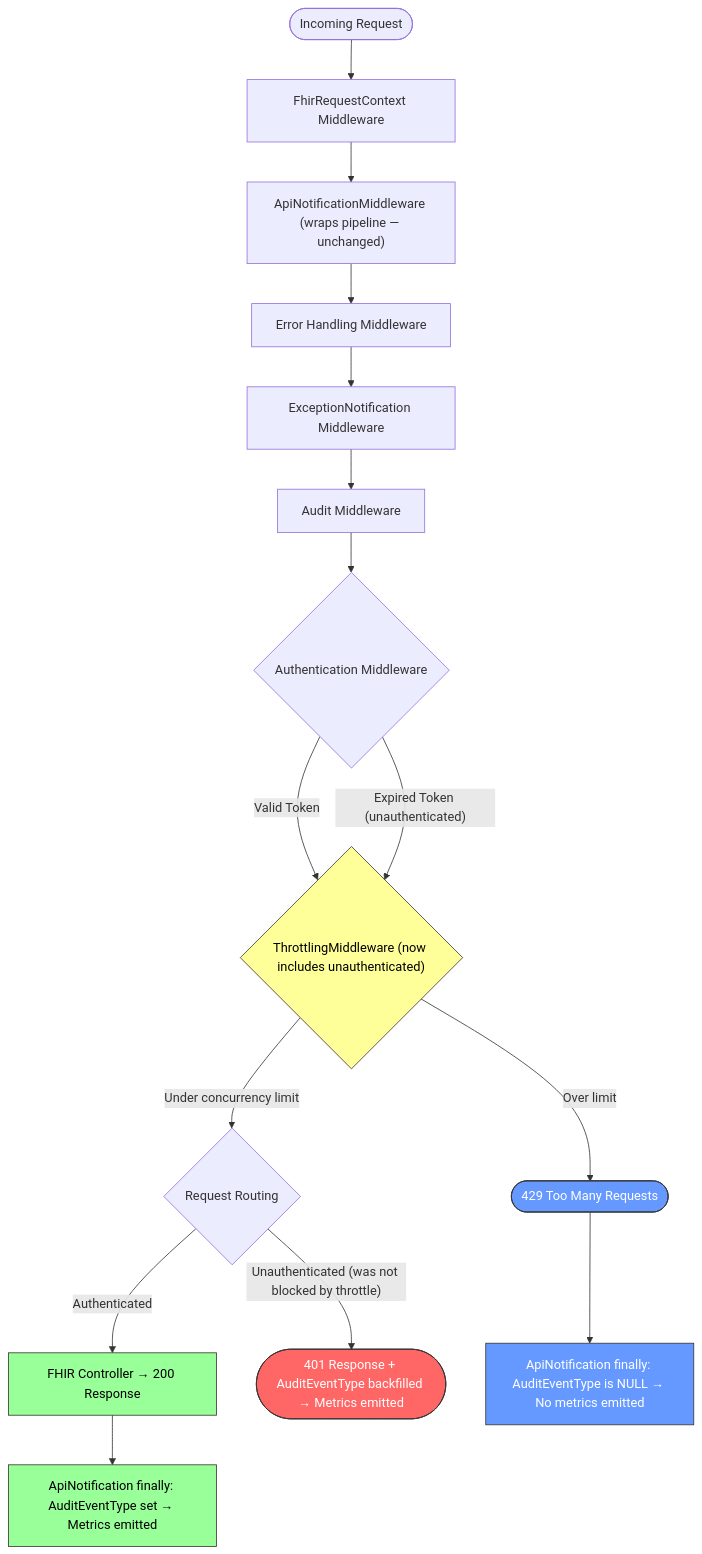
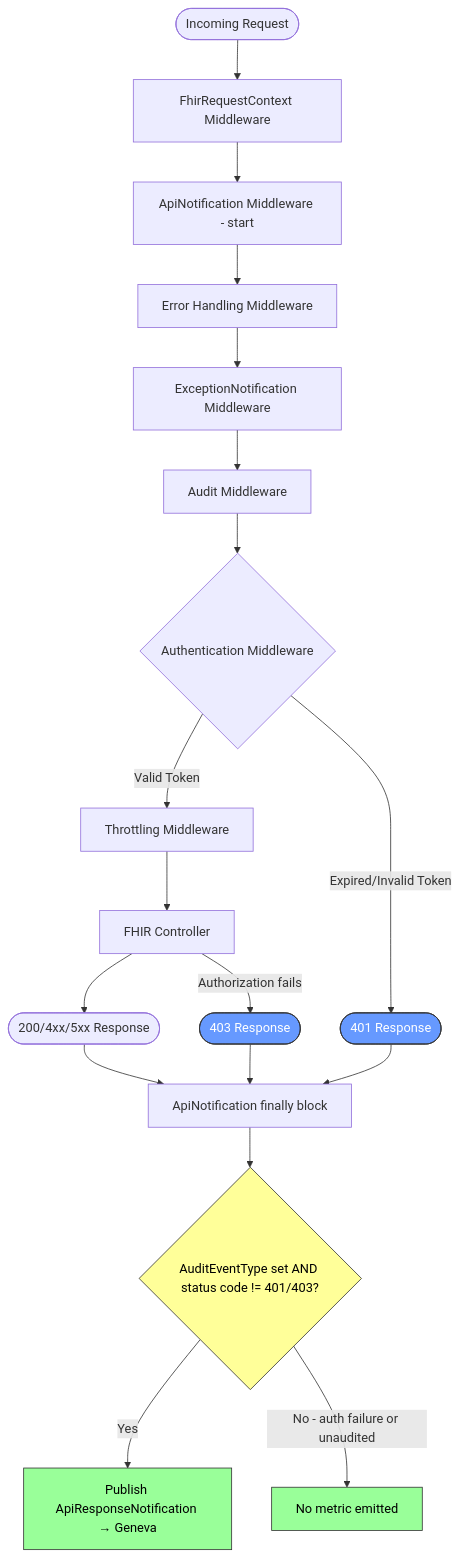
Before and after one commit to microsoft/fhir-server: the second of 2 diagrams in docs/arch/adr-2605-metric-emission-rate-limiting.md, drawn with Mermaid. The commit also changed other lines of this file and 2 other files, not shown here.

First line of the commit message:
Suppress 401/403 metrics at emission point

````diff
--- a/docs/arch/adr-2605-metric-emission-rate-limiting.md
+++ b/docs/arch/adr-2605-metric-emission-rate-limiting.md
@@ -159,29 +94,30 @@
 ```mermaid
 flowchart TD
     REQ([Incoming Request]) --> CTX[FhirRequestContext Middleware]
-    CTX --> API_START["ApiNotificationMiddleware (wraps pipeline — unchanged)"]
+    CTX --> API_START[ApiNotification Middleware - start]
     API_START --> ERR[Error Handling Middleware]
     ERR --> EXC[ExceptionNotification Middleware]
     EXC --> AUDIT[Audit Middleware]
     AUDIT --> AUTH{Authentication Middleware}
 
-    AUTH -->|Valid Token| THROTTLE{"ThrottlingMiddleware (now includes unauthenticated)"}
-    AUTH -->|"Expired Token (unauthenticated)"| THROTTLE
+    AUTH -->|Valid Token| THROTTLE[Throttling Middleware]
+    THROTTLE --> CONTROLLER[FHIR Controller]
+    CONTROLLER --> RESP_OK([200/4xx/5xx Response])
 
-    THROTTLE -->|Under concurrency limit| NEXT{Request Routing}
-    THROTTLE -->|Over limit| REJECT(["429 Too Many Requests"])
+    AUTH -->|Expired/Invalid Token| RESP_401([401 Response])
+    CONTROLLER -->|Authorization fails| RESP_403([403 Response])
 
-    NEXT -->|Authenticated| CONTROLLER[FHIR Controller → 200 Response]
-    NEXT -->|"Unauthenticated (was not blocked by throttle)"| RESP_401(["401 Response + AuditEventType backfilled → Metrics emitted"])
+    RESP_OK --> API_FINALLY[ApiNotification finally block]
+    RESP_401 --> API_FINALLY
+    RESP_403 --> API_FINALLY
 
-    CONTROLLER --> API_FINALLY_OK["ApiNotification finally: AuditEventType set → Metrics emitted"]
+    API_FINALLY --> GUARD{AuditEventType set AND status code != 401/403?}
+    GUARD -->|Yes| EMIT[Publish ApiResponseNotification → Geneva]
+    GUARD -->|No - auth failure or unaudited| SKIP[No metric emitted]
 
-    REJECT --> API_FINALLY_429["ApiNotification finally: AuditEventType is NULL → No metrics emitted"]
-
-    style THROTTLE fill:#ff9,stroke:#333,color:#000
-    style REJECT fill:#69f,stroke:#333,color:#fff
-    style API_FINALLY_429 fill:#69f,stroke:#333,color:#fff
-    style RESP_401 fill:#f66,stroke:#333,color:#fff
-    style API_FINALLY_OK fill:#9f9,stroke:#333,color:#000
-    style CONTROLLER fill:#9f9,stroke:#333,color:#000
+    style RESP_401 fill:#69f,stroke:#333,color:#fff
+    style RESP_403 fill:#69f,stroke:#333,color:#fff
+    style GUARD fill:#ff9,stroke:#333,color:#000
+    style EMIT fill:#9f9,stroke:#333,color:#000
+    style SKIP fill:#9f9,stroke:#333,color:#000
 ```
````
